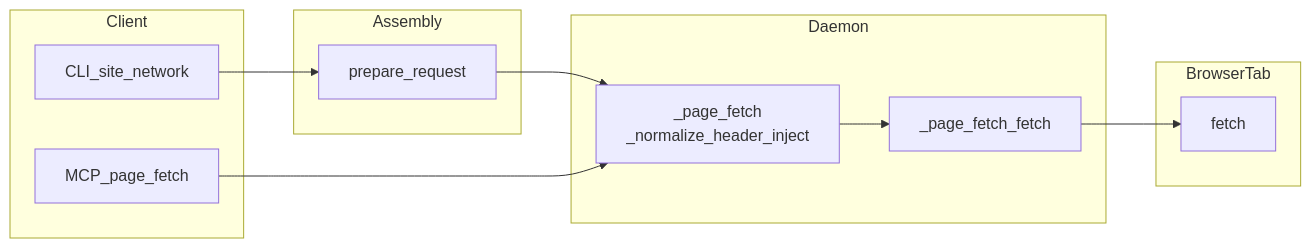
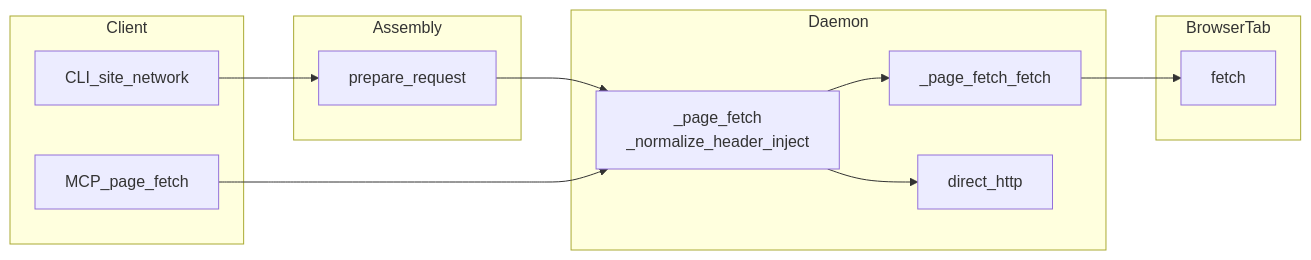
Before and after one commit to tianyehedashu/ziniao-mcp: the diagram in skills/ziniao-cli/references/site-fetch-and-presets.md, drawn with Mermaid. The commit also changed other lines of this file and 27 other files, not shown here.

````diff
--- a/skills/ziniao-cli/references/site-fetch-and-presets.md
+++ b/skills/ziniao-cli/references/site-fetch-and-presets.md
@@ -68,22 +68,24 @@
 ```mermaid
 flowchart LR
   subgraph client [Client]
     CLI[CLI_site_network]
     MCP[MCP_page_fetch]
   end
   subgraph assembly [Assembly]
     PR[prepare_request]
   end
   subgraph daemon [Daemon]
     PF["_page_fetch\n_normalize_header_inject"]
     PFF[_page_fetch_fetch]
+    DH[direct_http]
   end
   subgraph tab [BrowserTab]
     F[fetch]
   end
   CLI --> PR
   PR --> PF
   MCP --> PF
   PF --> PFF
+  PF --> DH
   PFF --> F
 ```
````
